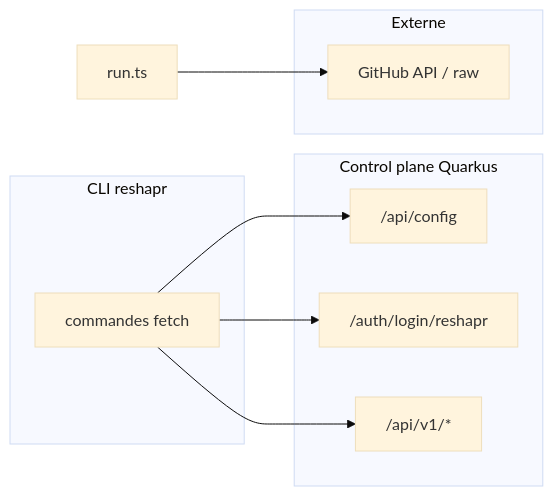
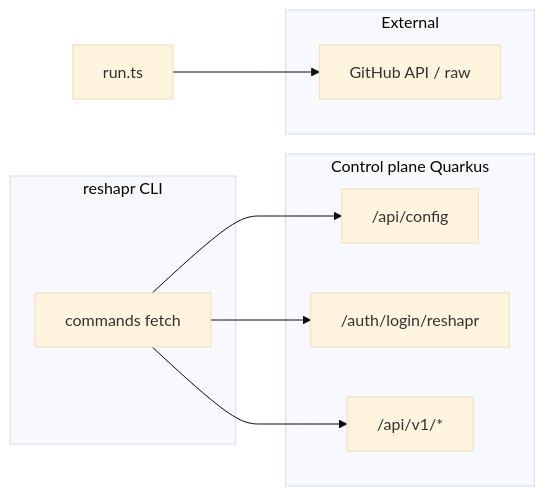
One commit to gozen59/reshapr-ui-control changed the diagram in docs/plans/api_cli_et_ui_web.md. Above: the diagram before and after it, drawn with Mermaid (base theme). The commit also changed other lines of this file and 12 other files, not shown here.

````diff
--- a/docs/plans/api_cli_et_ui_web.md
+++ b/docs/plans/api_cli_et_ui_web.md
@@ -71,18 +71,18 @@
 ```mermaid
 flowchart LR
-  subgraph cli [CLI reshapr]
-    cmds[commandes fetch]
+  subgraph cli [reshapr CLI]
+    cmds[commands fetch]
   end
   subgraph cp [Control plane Quarkus]
     config["/api/config"]
     auth["/auth/login/reshapr"]
     v1["/api/v1/*"]
   end
-  subgraph ext [Externe]
+  subgraph ext [External]
     gh[GitHub API / raw]
   end
   cmds --> config
   cmds --> auth
   cmds --> v1
   runOnly[run.ts] --> gh
 ```
````
